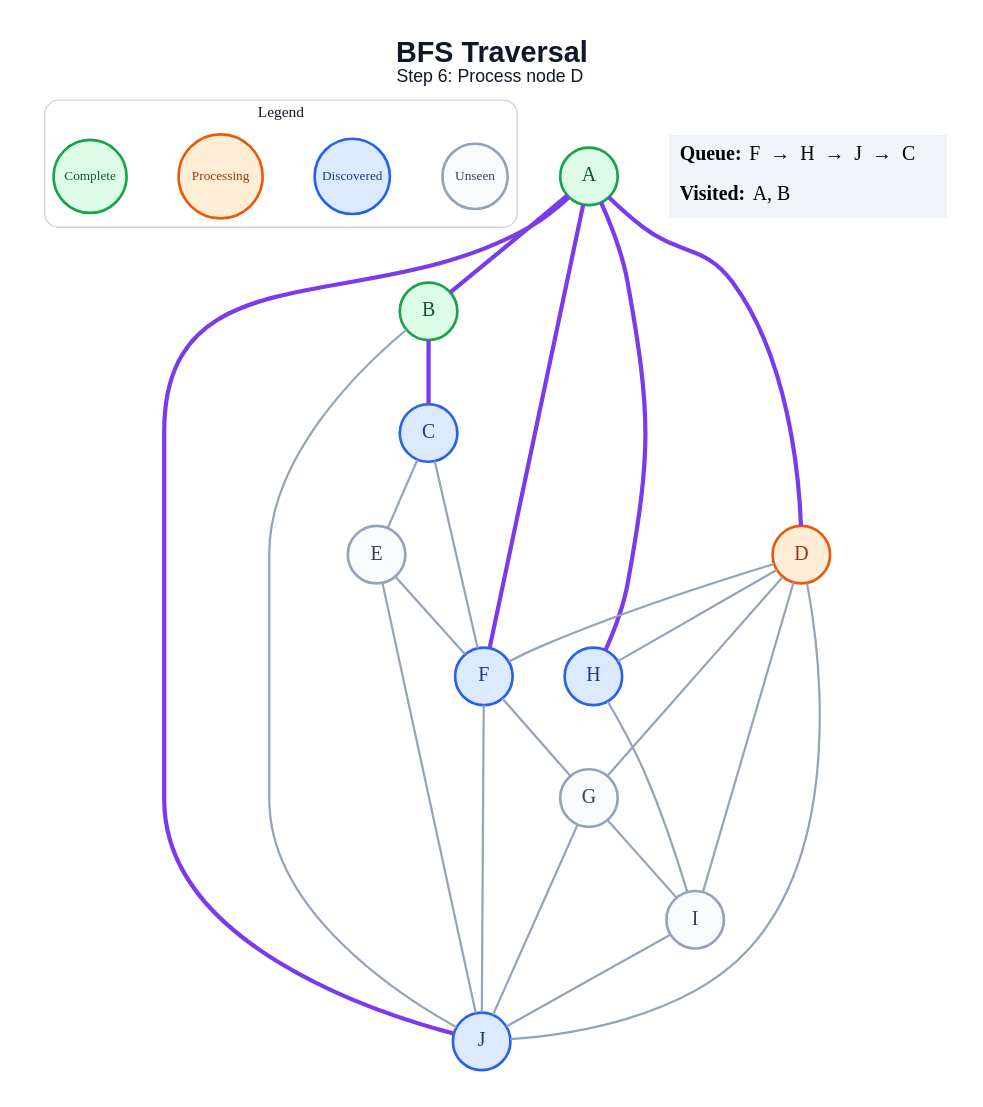
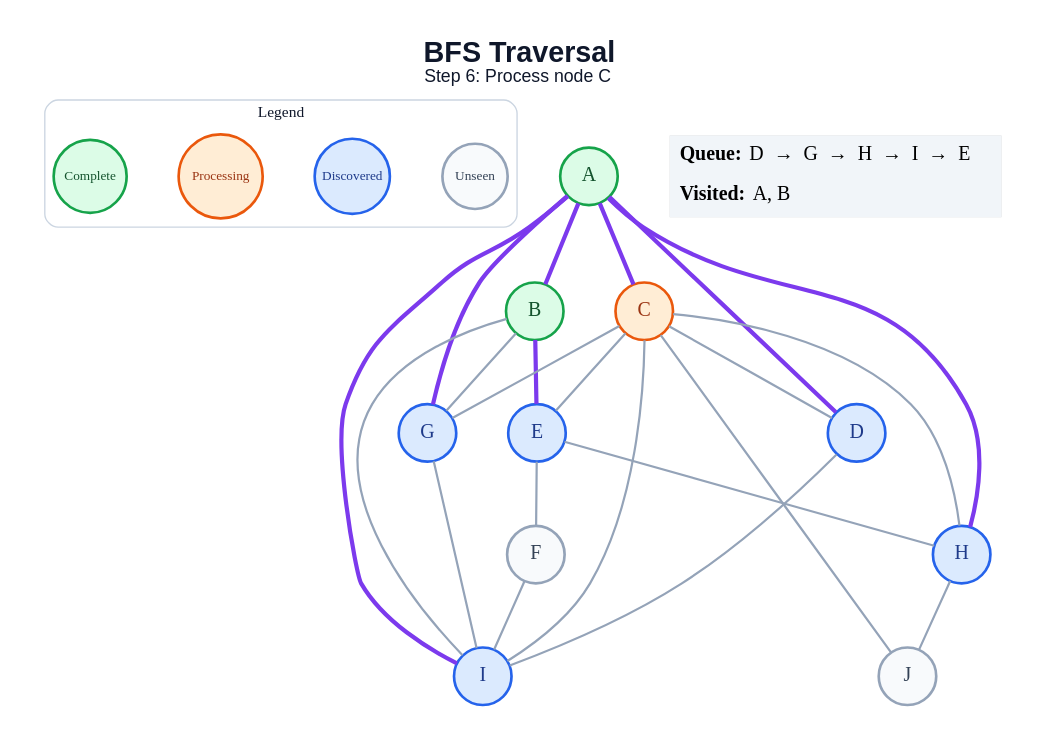
The diagram in generated/bfs/step_06.dot (anon7238593-create/ai-slop), drawn with Graphviz before and after one commit. The commit also changed 171 other files, not shown here.

```diff
--- a/generated/bfs/step_06.dot
+++ b/generated/bfs/step_06.dot
@@ -1,51 +1,50 @@
 graph traversal {
   graph [layout=dot, rankdir=TB, bgcolor="#FFFFFF", pad="0.35", nodesep="0.65", ranksep="0.8", fontname="Arial"];
   node [shape=circle, style="filled", fontname="Arial Bold", fontsize=18, width=0.72, fixedsize=true, penwidth=2.4];
   edge [color="#94A3B8", penwidth=2.0];
-  label=<<B>BFS Traversal</B><BR/><FONT POINT-SIZE="16">Step 6: Process node D</FONT>>; labelloc="t"; fontsize=26; fontname="Arial"; fontcolor="#0F172A";
+  label=<<B>BFS Traversal</B><BR/><FONT POINT-SIZE="16">Step 6: Process node C</FONT>>; labelloc="t"; fontsize=26; fontname="Arial"; fontcolor="#0F172A";
   subgraph cluster_legend { label="Legend"; color="#CBD5E1"; penwidth=1.2; style="rounded"; fontsize=14; fontname="Arial Bold";
     key_unseen [label="Unseen", fillcolor="#F8FAFC", color="#94A3B8", fontcolor="#334155", fontsize=12, width=0.82];
     key_frontier [label="Discovered", fillcolor="#DBEAFE", color="#2563EB", fontcolor="#1E3A8A", fontsize=12, width=0.95];
     key_current [label="Processing", fillcolor="#FFEDD5", color="#EA580C", fontcolor="#9A3412", fontsize=12, width=1.05];
     key_done [label="Complete", fillcolor="#DCFCE7", color="#16A34A", fontcolor="#14532D", fontsize=12, width=0.92];
     { rank=same; key_unseen; key_frontier; key_current; key_done; }
   }
   A [fillcolor="#DCFCE7", color="#16A34A", fontcolor="#14532D"];
   B [fillcolor="#DCFCE7", color="#16A34A", fontcolor="#14532D"];
-  C [fillcolor="#DBEAFE", color="#2563EB", fontcolor="#1E3A8A"];
-  D [fillcolor="#FFEDD5", color="#EA580C", fontcolor="#9A3412"];
-  E [fillcolor="#F8FAFC", color="#94A3B8", fontcolor="#334155"];
-  F [fillcolor="#DBEAFE", color="#2563EB", fontcolor="#1E3A8A"];
-  G [fillcolor="#F8FAFC", color="#94A3B8", fontcolor="#334155"];
+  C [fillcolor="#FFEDD5", color="#EA580C", fontcolor="#9A3412"];
+  D [fillcolor="#DBEAFE", color="#2563EB", fontcolor="#1E3A8A"];
+  E [fillcolor="#DBEAFE", color="#2563EB", fontcolor="#1E3A8A"];
+  F [fillcolor="#F8FAFC", color="#94A3B8", fontcolor="#334155"];
+  G [fillcolor="#DBEAFE", color="#2563EB", fontcolor="#1E3A8A"];
   H [fillcolor="#DBEAFE", color="#2563EB", fontcolor="#1E3A8A"];
-  I [fillcolor="#F8FAFC", color="#94A3B8", fontcolor="#334155"];
-  J [fillcolor="#DBEAFE", color="#2563EB", fontcolor="#1E3A8A"];
+  I [fillcolor="#DBEAFE", color="#2563EB", fontcolor="#1E3A8A"];
+  J [fillcolor="#F8FAFC", color="#94A3B8", fontcolor="#334155"];
   A -- B [color="#7C3AED", penwidth=3.8];
+  A -- C [color="#7C3AED", penwidth=3.8];
   A -- D [color="#7C3AED", penwidth=3.8];
-  A -- F [color="#7C3AED", penwidth=3.8];
+  A -- G [color="#7C3AED", penwidth=3.8];
   A -- H [color="#7C3AED", penwidth=3.8];
-  A -- J [color="#7C3AED", penwidth=3.8];
-  B -- C [color="#7C3AED", penwidth=3.8];
-  B -- J;
+  A -- I [color="#7C3AED", penwidth=3.8];
+  B -- E [color="#7C3AED", penwidth=3.8];
+  B -- G;
+  B -- I;
+  C -- D;
   C -- E;
-  C -- F;
-  D -- F;
-  D -- G;
-  D -- H;
+  C -- G;
+  C -- H;
+  C -- I;
+  C -- J;
   D -- I;
-  D -- J;
   E -- F;
-  E -- J;
-  F -- G;
-  F -- J;
+  E -- H;
+  F -- I;
   G -- I;
-  G -- J;
-  H -- I;
-  I -- J;
+  H -- J;
   status [shape=plain, fixedsize=false, width=0, height=0, margin=0, label=<
     <TABLE BORDER="0" CELLBORDER="0" CELLPADDING="7" BGCOLOR="#F1F5F9">
-      <TR><TD ALIGN="LEFT"><B>Queue:</B> F  →  H  →  J  →  C</TD></TR>
+      <TR><TD ALIGN="LEFT"><B>Queue:</B> D  →  G  →  H  →  I  →  E</TD></TR>
       <TR><TD ALIGN="LEFT"><B>Visited:</B> A, B</TD></TR>
     </TABLE>
   >];
 }
```
